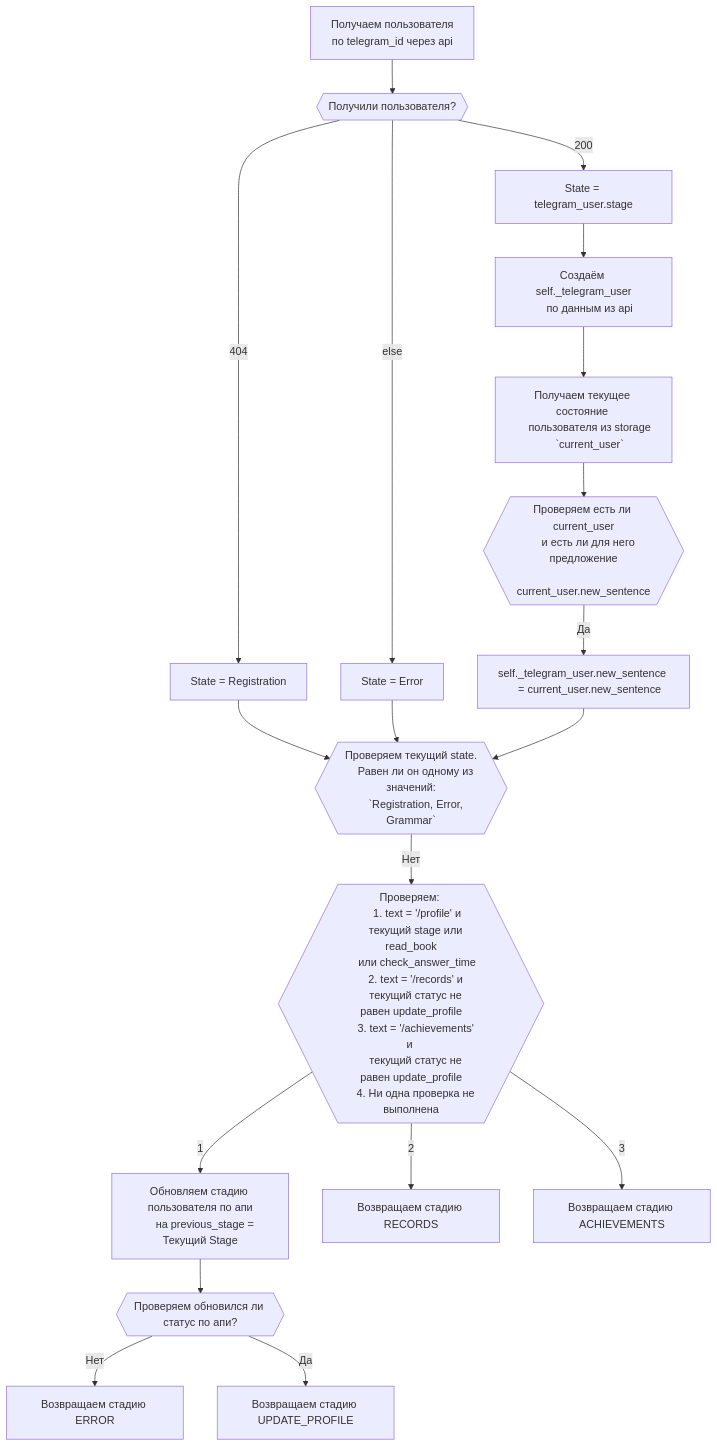
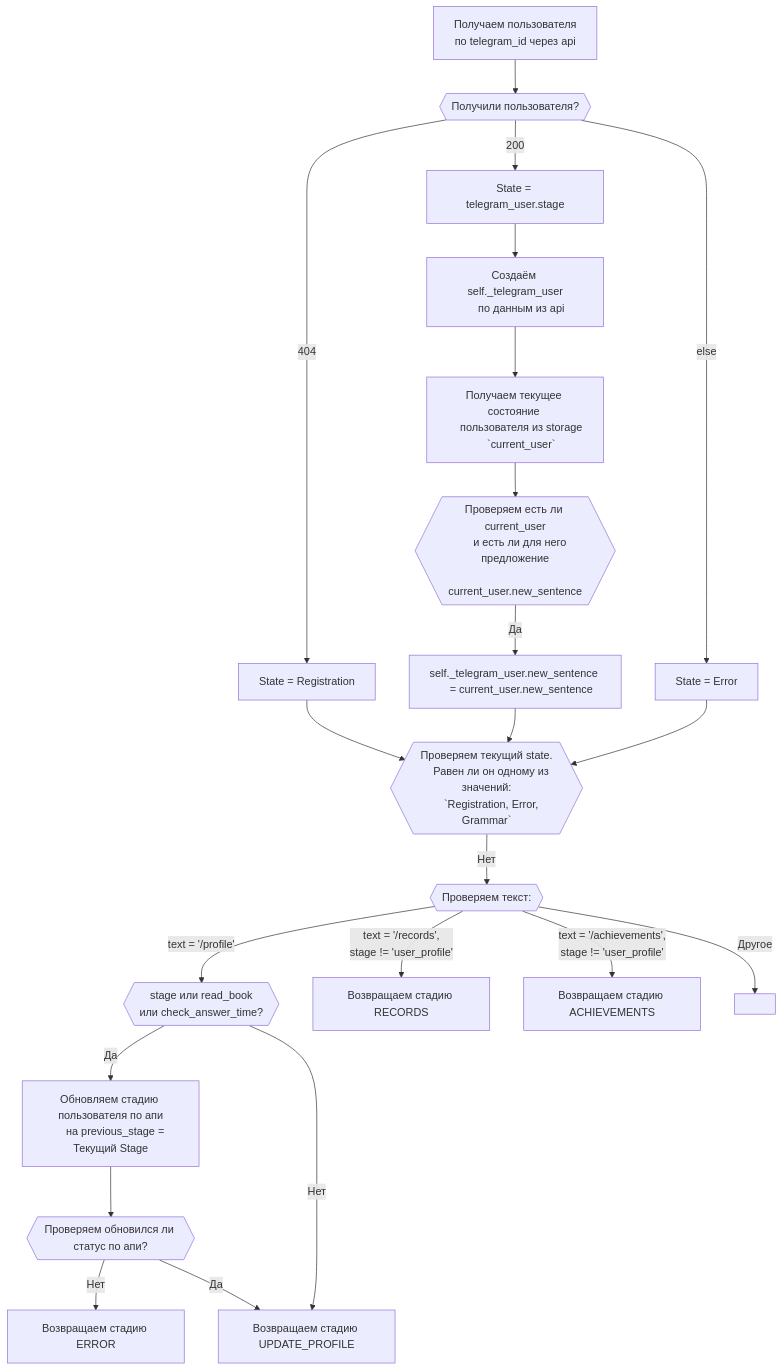
Before and after one commit to psgaiduk/learning_en_telegram_bot: the diagram in documentation/middlewears_set_state.md, drawn with Mermaid.

Commit message:
docs(documentation): fix update_profile structure in middlewears_set_state

````diff
--- a/documentation/middlewears_set_state.md
+++ b/documentation/middlewears_set_state.md
@@ -1,59 +1,60 @@
 ```mermaid
 graph TD;
     start[Получаем пользователя
     по telegram_id через api
     ] --> check_get_user{{Получили пользователя?}}
     check_get_user --> |404| user_not_found[State = Registration]
     check_get_user --> |200| user_found[State = telegram_user.stage]
     check_get_user --> |else| error_user[State = Error]
     user_found --> create_telegram_user[
     Создаём self._telegram_user
     по данным из api
     ]
     create_telegram_user --> get_current_telegram_user[
     Получаем текущее состояние 
     пользователя из storage
     `current_user`
     ]
     get_current_telegram_user --> check_current_user{{
     Проверяем есть ли current_user
     и есть ли для него предложение
     current_user.new_sentence
     }}
     check_current_user --> |Да| update_new_sentence[self._telegram_user.new_sentence 
     = current_user.new_sentence
     ]
     user_not_found --> check_current_state{{
     Проверяем текущий state.
     Равен ли он одному из значений:
     `Registration, Error, Grammar`
     }}
     error_user --> check_current_state
     update_new_sentence --> check_current_state
-    check_current_state --> |Нет| check_update_profile_state{{
-    Проверяем: 
-    1. text = '/profile' и
-    текущий stage или read_book
-    или check_answer_time
-    2. text = '/records' и 
-    текущий статус не равен update_profile
-    3. text = '/achievements' и 
-    текущий статус не равен update_profile
-    4. Ни одна проверка не выполнена
+    check_current_state --> |Нет| check_message_text{{
+    Проверяем текст:
     }}
-    check_update_profile_state --> |1| update_stage_to_profile[
+    check_message_text --> |text = '/profile'| check_current_stage_after_profile{{
+    stage или read_book
+    или check_answer_time?
+    }}
+    check_current_stage_after_profile --> |Да| update_stage_to_profile[
     Обновляем стадию пользователя по апи
     на previous_stage = Текущий Stage]
+    check_current_stage_after_profile --> |Нет| return_update_profile_stage
     update_stage_to_profile --> check_update_stage_to_profile{{
     Проверяем обновился ли статус по апи?
     }}
     check_update_stage_to_profile --> |Нет| return_error_update_stage_profile[
     Возвращаем стадию ERROR]
-    check_update_stage_to_profile --> |Да| return_update_profle_stage[
+    check_update_stage_to_profile --> |Да| return_update_profile_stage[
     Возвращаем стадию UPDATE_PROFILE]
-    check_update_profile_state --> |2| return_records_stage[
+    check_message_text --> |text = '/records', 
+    stage != 'user_profile'| return_records_stage[
     Возвращаем стадию RECORDS]
-    check_update_profile_state --> |3| return_achievements_stage[
+    check_message_text --> |text = '/achievements', 
+    stage != 'user_profile'| return_achievements_stage[
     Возвращаем стадию ACHIEVEMENTS]
+    check_message_text --> |Другое| check_stage_start_learn_words[
+    ]
     
 ```
````
